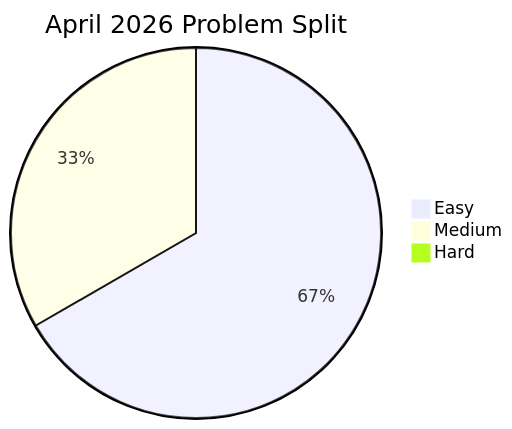
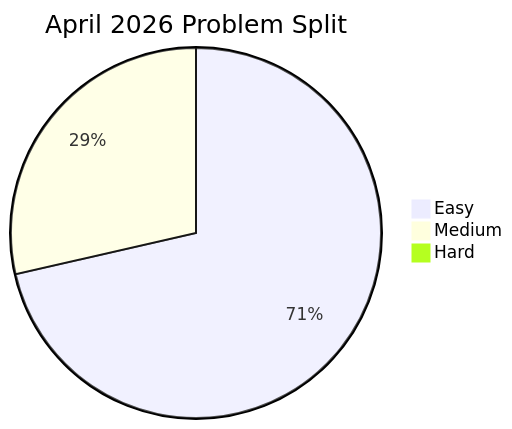
The third of 4 diagrams in README.md (manikantbindass/Codeforces-Interview-Preparation-Journey), drawn with Mermaid before and after one commit. The commit also changed other lines of this file and 2 other files, not shown here.

Commit message:
feat(easy): add football solution

````diff
--- a/README.md
+++ b/README.md
@@ -408,6 +409,6 @@
 ```mermaid
 pie title April 2026 Problem Split
-    "Easy" : 4
+    "Easy" : 5
     "Medium" : 2
     "Hard" : 0
 ```
````
